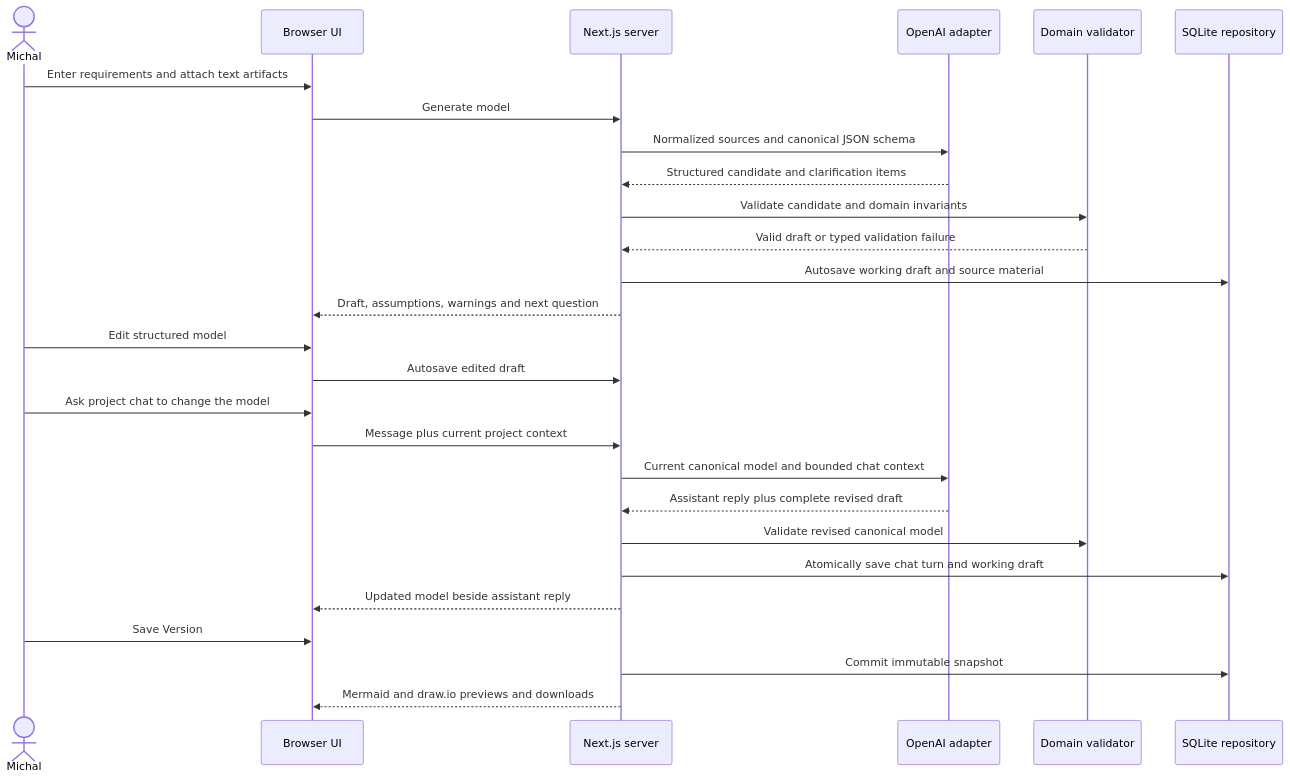
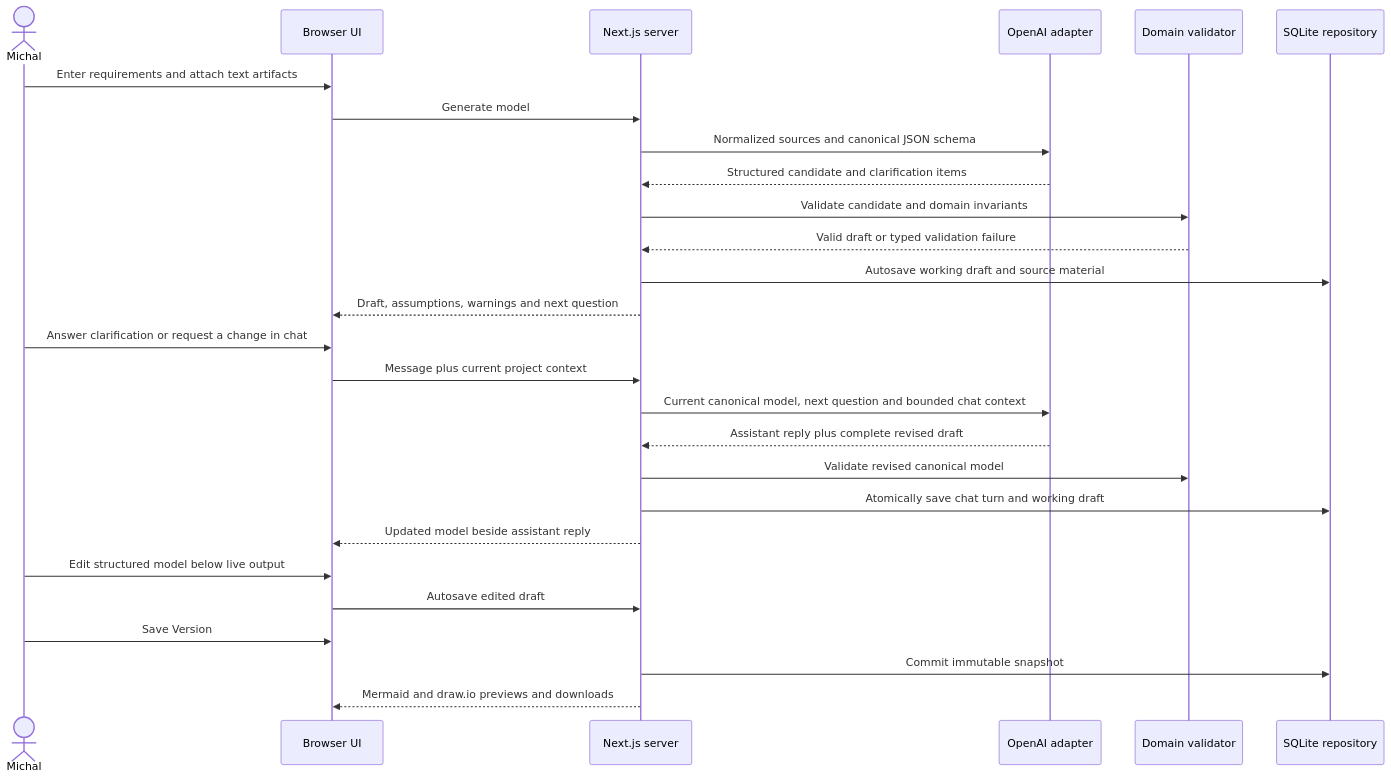
Before and after one commit to MikeS071/data-model-agent: the second of 2 diagrams in docs/features/data-model-agent/design.md, drawn with Mermaid. The commit also changed other lines of this file and 1 other file, not shown here.

````diff
--- a/docs/features/data-model-agent/design.md
+++ b/docs/features/data-model-agent/design.md
@@ -96,29 +103,29 @@
 ```mermaid
 sequenceDiagram
   actor Michal
   participant UI as Browser UI
   participant App as Next.js server
   participant AI as OpenAI adapter
   participant Domain as Domain validator
   participant DB as SQLite repository
   Michal->>UI: Enter requirements and attach text artifacts
   UI->>App: Generate model
   App->>AI: Normalized sources and canonical JSON schema
   AI-->>App: Structured candidate and clarification items
   App->>Domain: Validate candidate and domain invariants
   Domain-->>App: Valid draft or typed validation failure
   App->>DB: Autosave working draft and source material
   App-->>UI: Draft, assumptions, warnings and next question
-  Michal->>UI: Edit structured model
-  UI->>App: Autosave edited draft
-  Michal->>UI: Ask project chat to change the model
+  Michal->>UI: Answer clarification or request a change in chat
   UI->>App: Message plus current project context
-  App->>AI: Current canonical model and bounded chat context
+  App->>AI: Current canonical model, next question and bounded chat context
   AI-->>App: Assistant reply plus complete revised draft
   App->>Domain: Validate revised canonical model
   App->>DB: Atomically save chat turn and working draft
   App-->>UI: Updated model beside assistant reply
+  Michal->>UI: Edit structured model below live output
+  UI->>App: Autosave edited draft
   Michal->>UI: Save Version
   App->>DB: Commit immutable snapshot
   App-->>UI: Mermaid and draw.io previews and downloads
 ```
````
